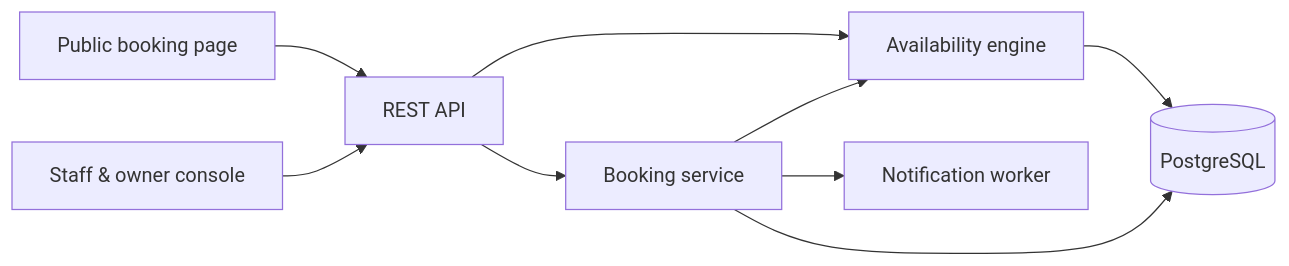
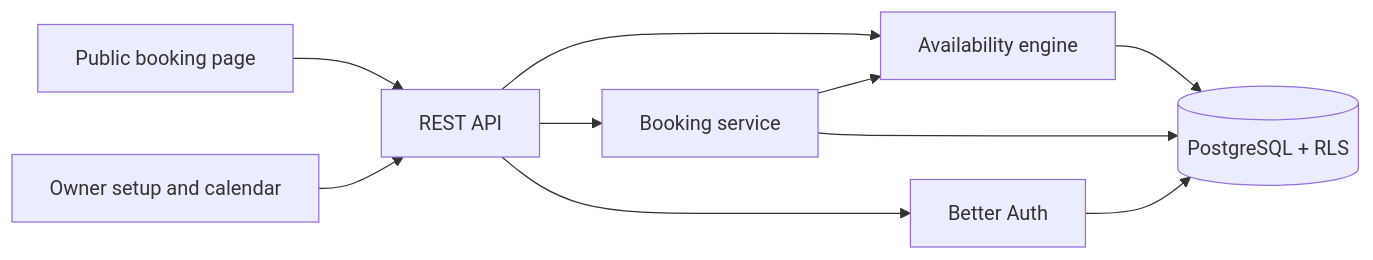
One commit to itsseanez/whiteboard changed the diagram in README.md. Above: the diagram before and after it, drawn with Mermaid. The commit also changed other lines of this file and 2 other files, not shown here.

````diff
--- a/README.md
+++ b/README.md
@@ -48,11 +46,12 @@
 ```mermaid
 flowchart LR
   A[Public booking page] --> C[REST API]
-  B[Staff & owner console] --> C
+  B[Owner setup and calendar] --> C
+  C --> H[Better Auth]
   C --> D[Availability engine]
   C --> E[Booking service]
-  D --> F[(PostgreSQL)]
+  E --> D
+  D --> F[(PostgreSQL + RLS)]
   E --> F
-  E --> D
-  E --> G[Notification worker]
+  H --> F
 ```
````
